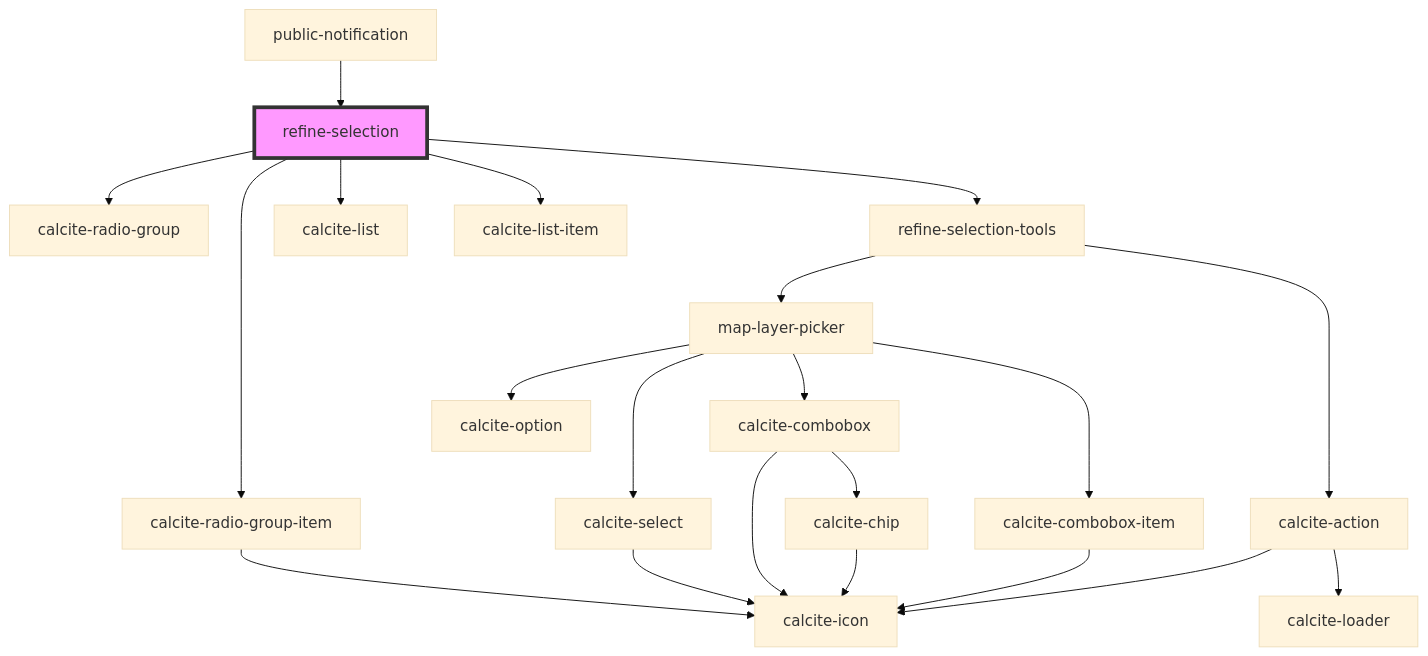
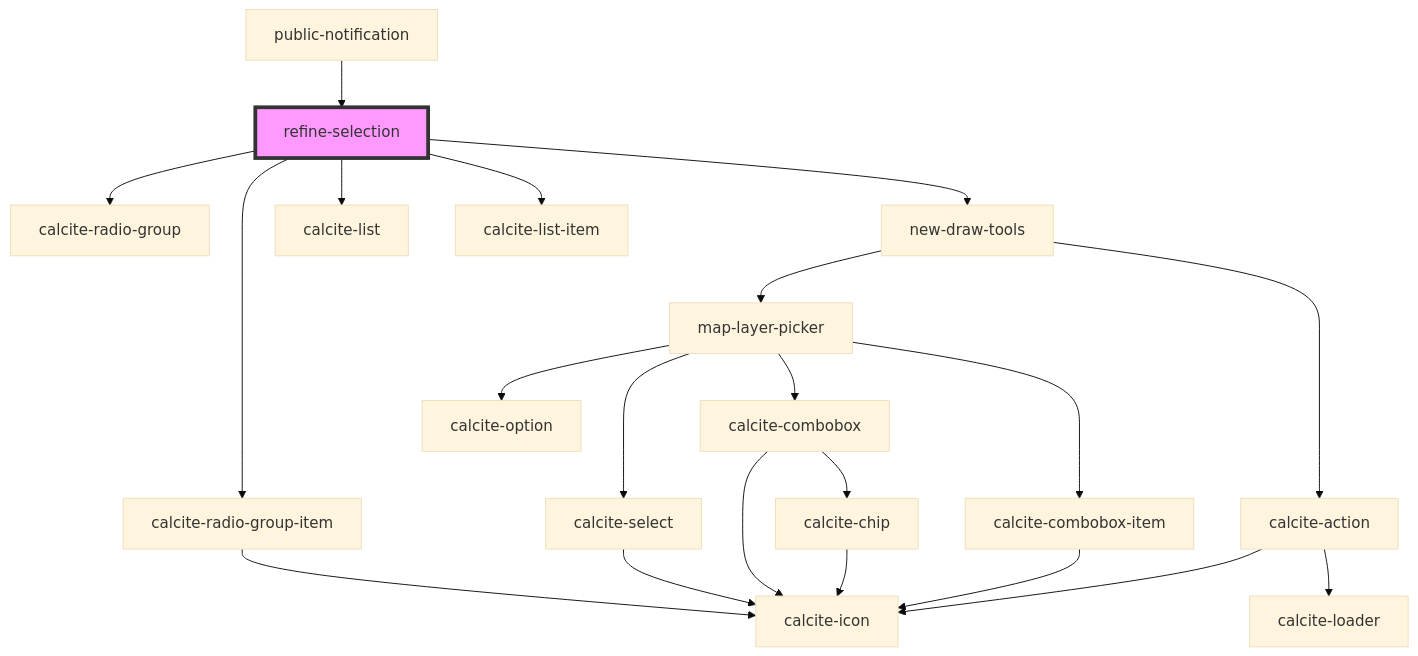
The diagram in src/components/refine-selection/readme.md (Esri/solutions-components), drawn with Mermaid (base theme) before and after one commit. The commit also changed other lines of this file and 18 other files, not shown here.

First line of the commit message:
start to consolidate draw and refine tools

````diff
--- a/src/components/refine-selection/readme.md
+++ b/src/components/refine-selection/readme.md
@@ -42,24 +42,24 @@
 ```mermaid
 graph TD;
   refine-selection --> calcite-radio-group
   refine-selection --> calcite-radio-group-item
-  refine-selection --> refine-selection-tools
+  refine-selection --> new-draw-tools
   refine-selection --> calcite-list
   refine-selection --> calcite-list-item
   calcite-radio-group-item --> calcite-icon
-  refine-selection-tools --> map-layer-picker
-  refine-selection-tools --> calcite-action
+  new-draw-tools --> map-layer-picker
+  new-draw-tools --> calcite-action
   map-layer-picker --> calcite-select
   map-layer-picker --> calcite-combobox
   map-layer-picker --> calcite-combobox-item
   map-layer-picker --> calcite-option
   calcite-select --> calcite-icon
   calcite-combobox --> calcite-chip
   calcite-combobox --> calcite-icon
   calcite-chip --> calcite-icon
   calcite-combobox-item --> calcite-icon
   calcite-action --> calcite-loader
   calcite-action --> calcite-icon
   public-notification --> refine-selection
   style refine-selection fill:#f9f,stroke:#333,stroke-width:4px
 ```
````
